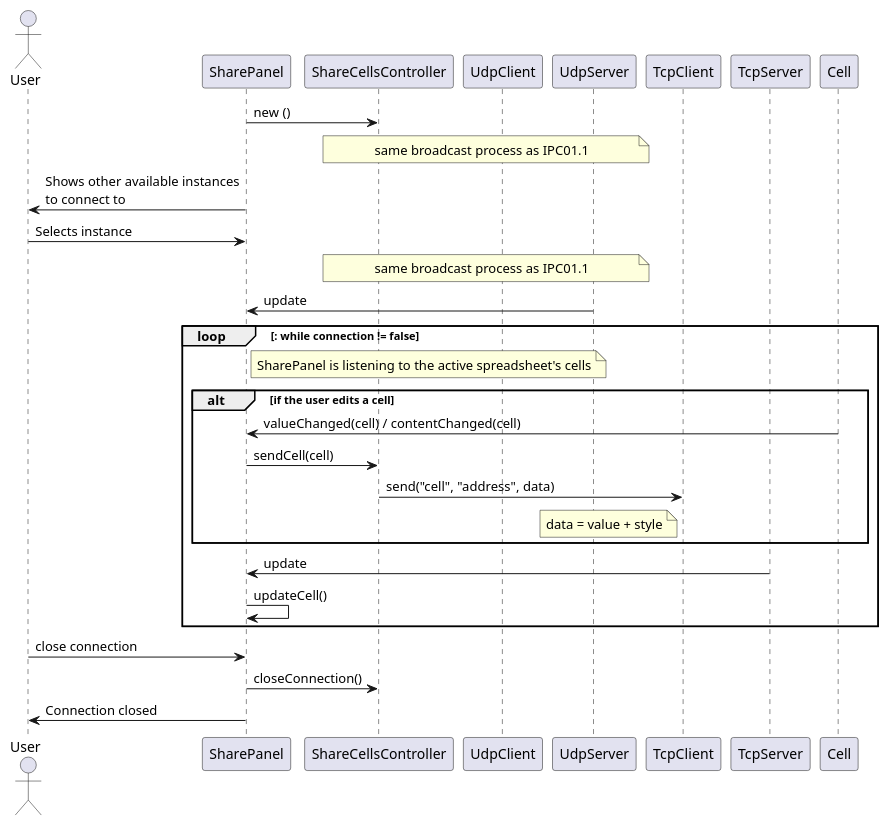
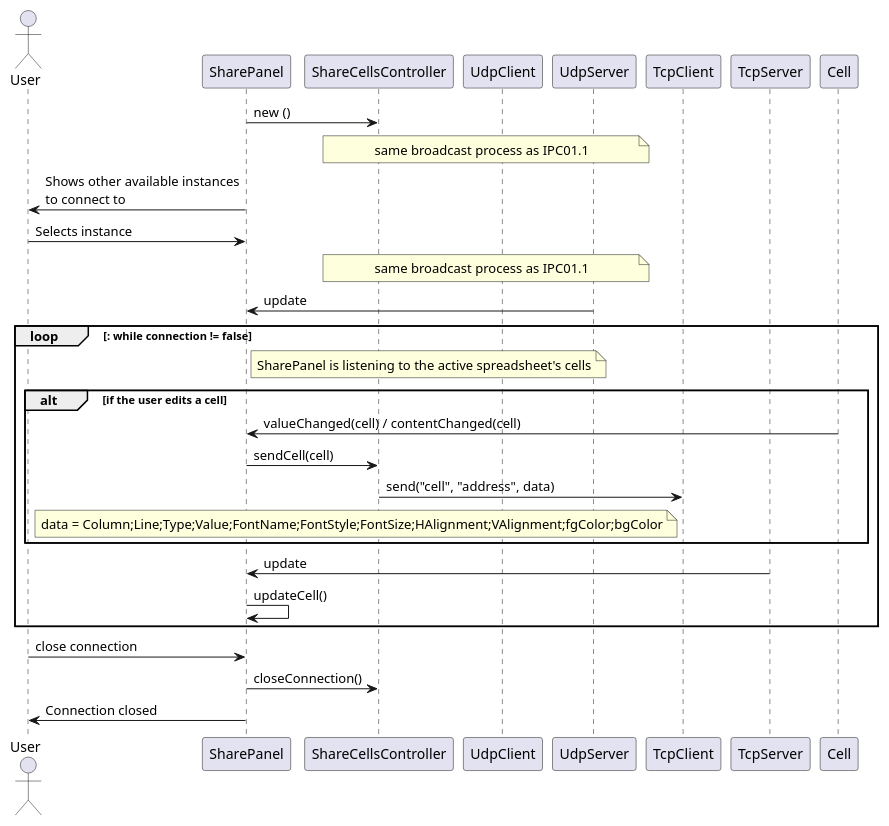
Before and after one commit to RubenTeixeira/cleansheets_isep_2dg_2016: the diagram in src/main/java/csheets/worklog/n1140329/sprint2/ipc01_2_design_part2.puml, drawn with PlantUML. The commit also changed 1 other file, not shown here.

```diff
--- a/src/main/java/csheets/worklog/n1140329/sprint2/ipc01_2_design_part2.puml
+++ b/src/main/java/csheets/worklog/n1140329/sprint2/ipc01_2_design_part2.puml
@@ -1,37 +1,37 @@
 @startuml doc-files/ipc01_2_design_part2.png
 
 actor User 
 participant "SharePanel" as UI
 participant "ShareCellsController" as Controller
 participant "UdpClient" as UdpClient
 participant "UdpServer" as UdpServer
 participant "TcpClient" as TcpClient
 participant "TcpServer" as TcpServer
 participant "Cell" as Cell
 
 UI->Controller: new ()
 note over Controller, UdpServer: same broadcast process as IPC01.1
 UI->User: Shows other available instances\nto connect to
 User->UI: Selects instance
 note over Controller, UdpServer: same broadcast process as IPC01.1
 
 UdpServer->UI: update
 
 loop : while connection != false
     
     note right of UI: SharePanel is listening to the active spreadsheet's cells
     alt if the user edits a cell
         Cell->UI: valueChanged(cell) / contentChanged(cell)
         UI->Controller: sendCell(cell)
         Controller->TcpClient: send("cell", "address", data)
-        note left of TcpClient: data = value + style
+        note left of TcpClient: data = Column;Line;Type;Value;FontName;FontStyle;FontSize;HAlignment;VAlignment;fgColor;bgColor
     end
     
     TcpServer->UI: update
     UI->UI: updateCell()
 end
 
 User->UI: close connection
 UI->Controller: closeConnection()
 UI->User: Connection closed
 @enduml
```
